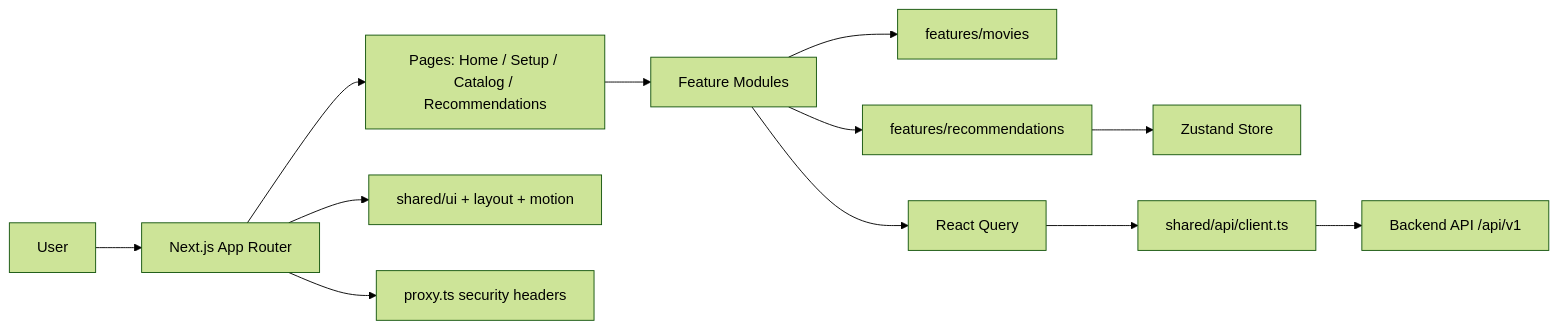
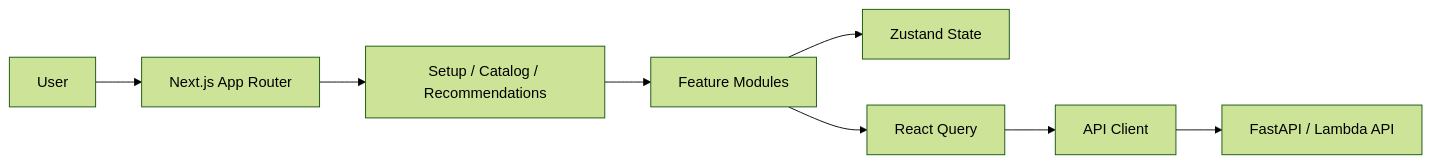
The diagram in frontend/README.md (rahul2-byte/movie-recommendation-system), drawn with Mermaid (forest theme) before and after one commit. The commit also changed other lines of this file and 93 other files, not shown here.

````diff
--- a/frontend/README.md
+++ b/frontend/README.md
@@ -30,17 +35,10 @@
 ```mermaid
 flowchart LR
   U[User] --> A[Next.js App Router]
-  A --> B[Pages: Home / Setup / Catalog / Recommendations]
+  A --> B[Setup / Catalog / Recommendations]
   B --> C[Feature Modules]
-
-  C --> C1[features/movies]
-  C --> C2[features/recommendations]
-
-  C2 --> D[Zustand Store]
+  C --> D[Zustand State]
   C --> E[React Query]
-  E --> F[shared/api/client.ts]
-  F --> G[Backend API /api/v1]
-
-  A --> H[shared/ui + layout + motion]
-  A --> I[proxy.ts security headers]
+  E --> F[API Client]
+  F --> G[FastAPI / Lambda API]
 ```
````
